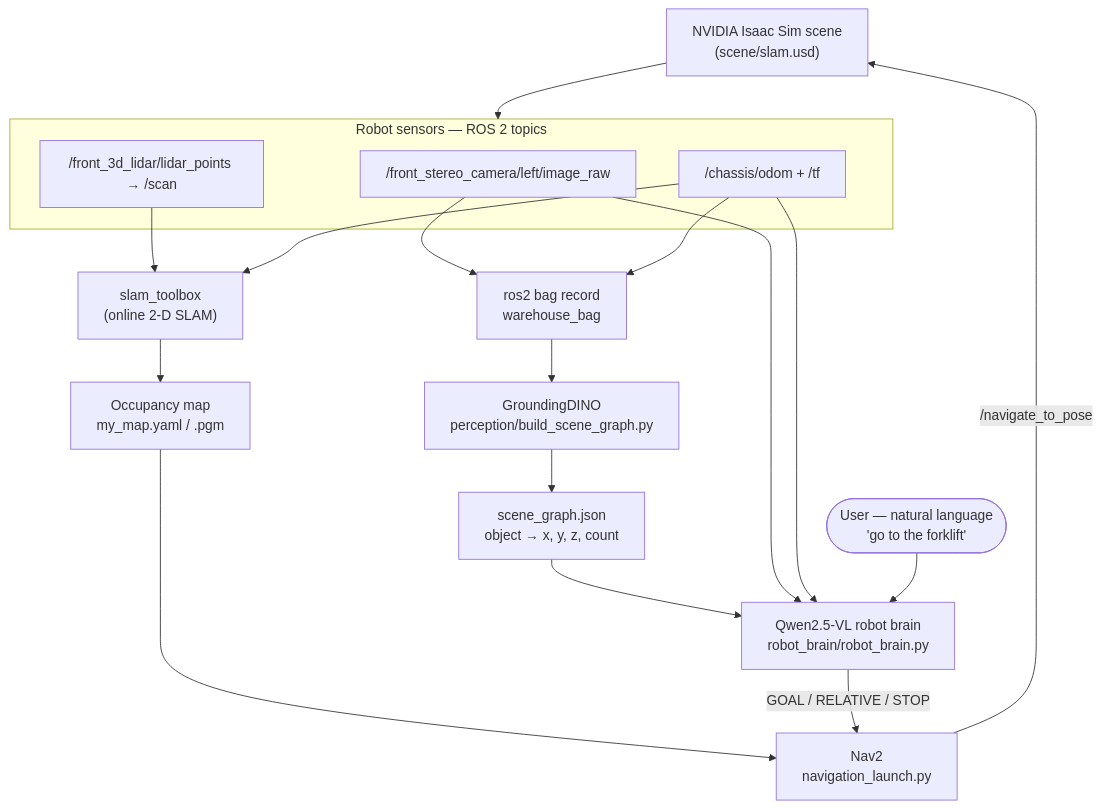
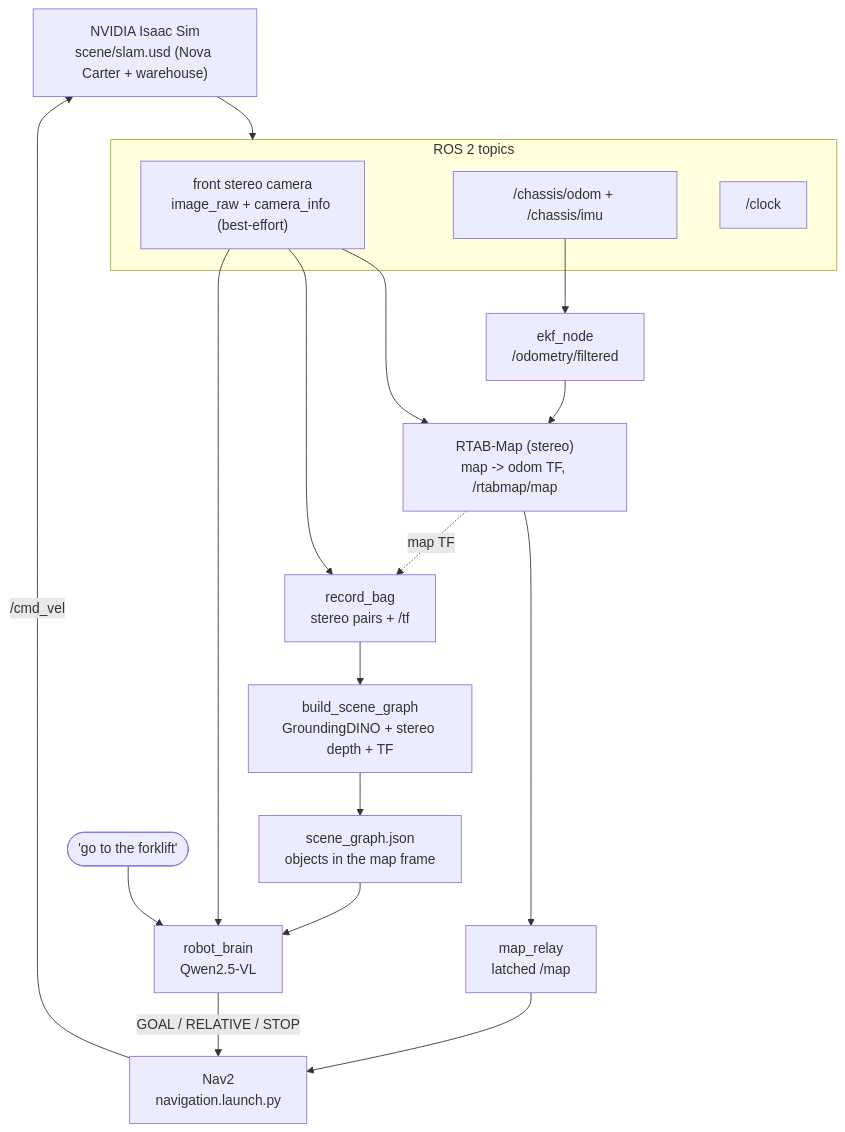
One commit to mohanapavan/vlm-robot-navigation-isaac-sim-ros2 changed the diagram in README.md. Above: the diagram before and after it, drawn with Mermaid. The commit also changed other lines of this file and 2 other files, not shown here.

````diff
--- a/README.md
+++ b/README.md
@@ -30,27 +32,27 @@
 ```mermaid
 flowchart TD
-    USD["NVIDIA Isaac Sim scene<br/>(scene/slam.usd)"]
-    subgraph SENSORS["Robot sensors — ROS 2 topics"]
-        CAM["/front_stereo_camera/left/image_raw"]
-        LID["/front_3d_lidar/lidar_points → /scan"]
-        ODOM["/chassis/odom + /tf"]
+    SIM["NVIDIA Isaac Sim<br/>scene/slam.usd (Nova Carter + warehouse)"]
+    subgraph TOPICS["ROS 2 topics"]
+        CAM["front stereo camera<br/>image_raw + camera_info (best-effort)"]
+        ODOM["/chassis/odom + /chassis/imu"]
+        CLK["/clock"]
     end
-    USD --> SENSORS
+    SIM --> TOPICS
 
-    LID --> SLAM["slam_toolbox<br/>(online 2-D SLAM)"]
-    ODOM --> SLAM
-    SLAM --> MAP["Occupancy map<br/>my_map.yaml / .pgm"]
+    ODOM --> EKF["ekf_node<br/>/odometry/filtered"]
+    CAM --> RTAB["RTAB-Map (stereo)<br/>map -> odom TF, /rtabmap/map"]
+    EKF --> RTAB
+    RTAB --> RELAY["map_relay<br/>latched /map"]
+    RELAY --> NAV["Nav2<br/>navigation.launch.py"]
 
-    CAM --> BAG["ros2 bag record<br/>warehouse_bag"]
-    ODOM --> BAG
-    BAG --> GD["GroundingDINO<br/>perception/build_scene_graph.py"]
-    GD --> SG["scene_graph.json<br/>object → x, y, z, count"]
+    CAM --> BAG["record_bag<br/>stereo pairs + /tf"]
+    RTAB -. "map TF" .-> BAG
+    BAG --> GD["build_scene_graph<br/>GroundingDINO + stereo depth + TF"]
+    GD --> SG["scene_graph.json<br/>objects in the map frame"]
 
-    MAP --> NAV["Nav2<br/>navigation_launch.py"]
-    SG --> BRAIN["Qwen2.5-VL robot brain<br/>robot_brain/robot_brain.py"]
+    SG --> BRAIN["robot_brain<br/>Qwen2.5-VL"]
     CAM --> BRAIN
-    ODOM --> BRAIN
-    USER(["User — natural language<br/>'go to the forklift'"]) --> BRAIN
+    USER(["'go to the forklift'"]) --> BRAIN
     BRAIN -->|"GOAL / RELATIVE / STOP"| NAV
-    NAV -->|"/navigate_to_pose"| USD
+    NAV -->|"/cmd_vel"| SIM
 ```
````
